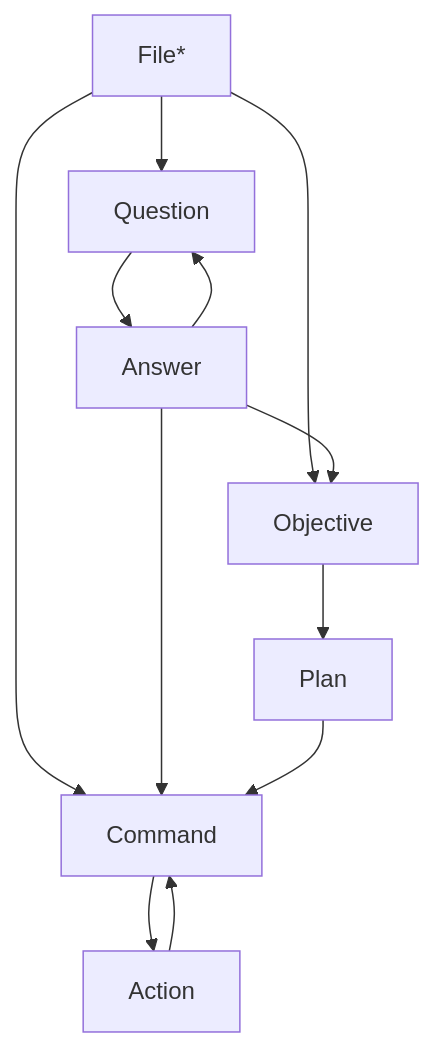
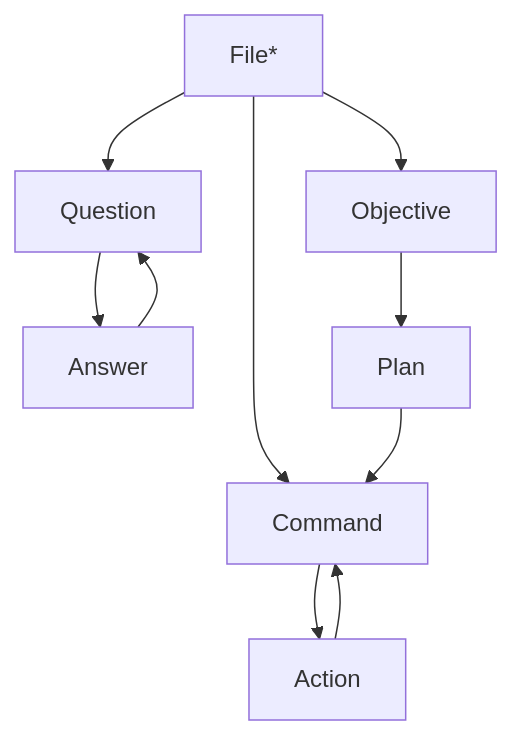
The diagram in README.md (agabor/minicmd), drawn with Mermaid before and after one commit.

Commit message:
simplify diagram

````diff
--- a/README.md
+++ b/README.md
@@ -164,14 +164,12 @@
 ```mermaid
 graph TD
     File* --> Question
     File* --> Command
     File* --> Objective
     Question --> Answer
     Answer --> Question
-    Answer --> Command
-    Answer --> Objective
     Command --> Action
     Action --> Command
     Objective --> Plan
     Plan --> Command
 ```
````
